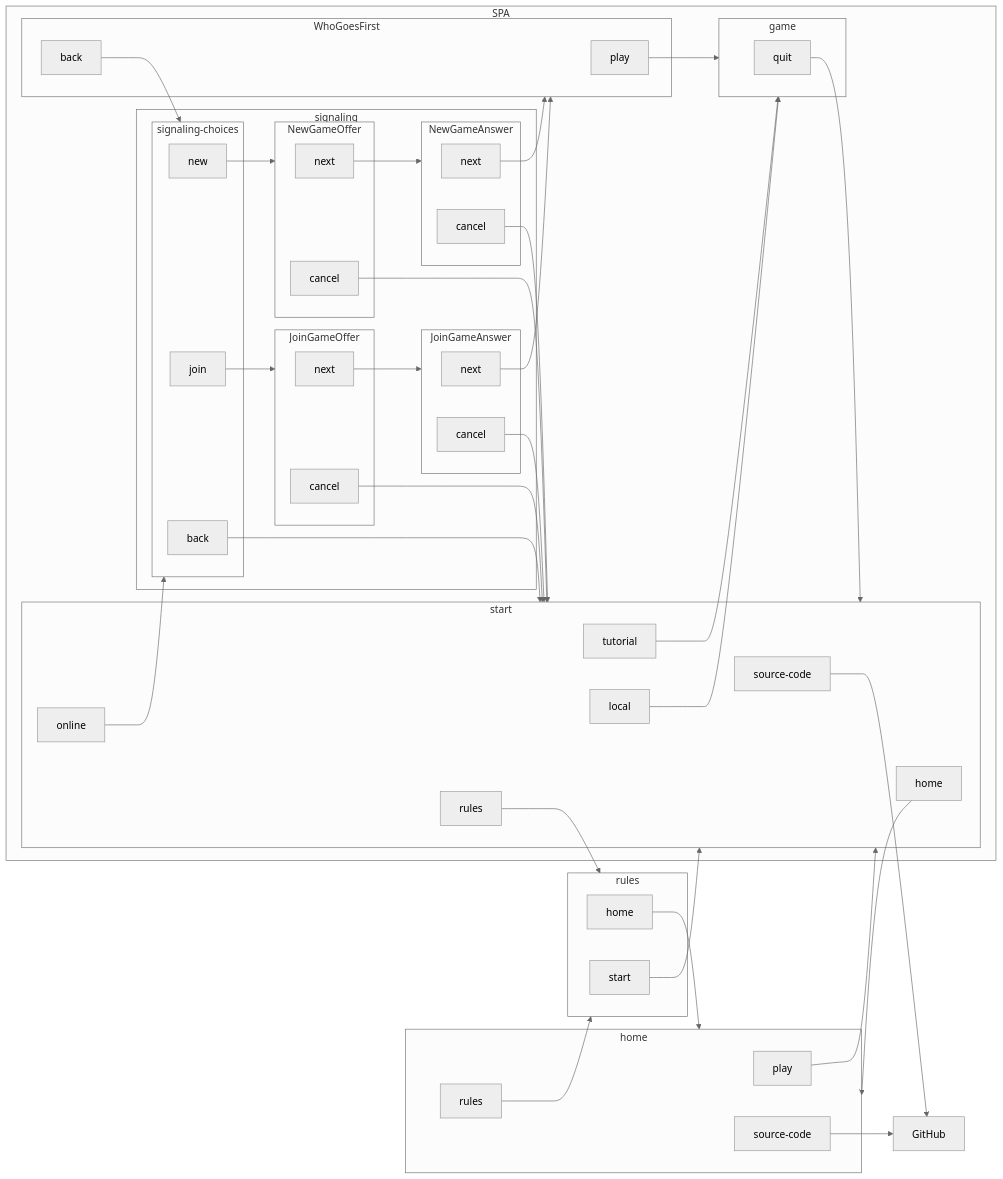
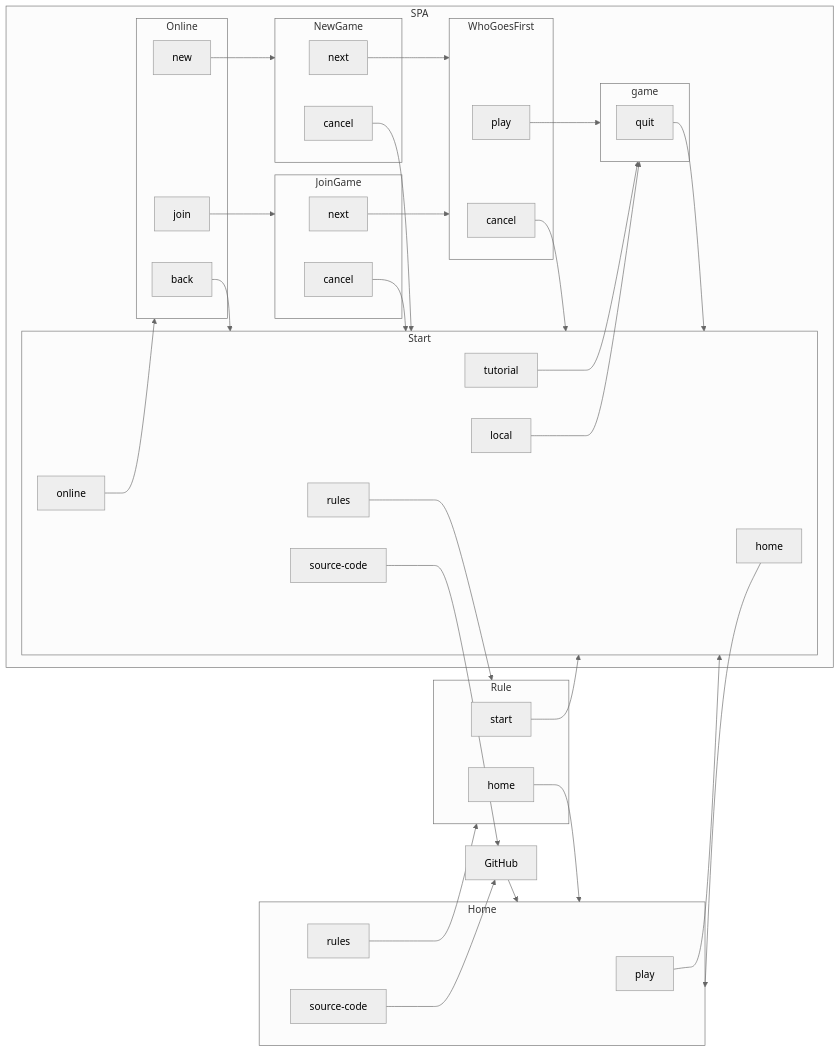
One commit to macabot/senet changed the second of 3 diagrams in README.md. Above: the diagram before and after it, drawn with Mermaid (neutral theme). The commit also changed other lines of this file, not shown here.

Commit message:
Document desired page navigation

````diff
--- a/README.md
+++ b/README.md
@@ -167,55 +169,45 @@
 graph LR
     GitHub
 
-    subgraph home
+    subgraph home["Home"]
         home-play["play"]
         home-rules["rules"]
         home-sourceCode["source-code"]
     end
 
-    subgraph rules
+    subgraph rules["Rule"]
+        rules-start["start"]
         rules-home["home"]
-        rules-start["start"]
     end
 
     subgraph SPA
 
-        subgraph start
+        subgraph start["Start"]
             start-home["home"]
-            tutorial
-            local
-            online
+            start-tutorial["tutorial"]
+            start-local["local"]
+            start-online["online"]
             start-rules["rules"]
             start-sourceCode["source-code"]
         end
 
-        subgraph signaling
-            subgraph signaling-choices
-                new
-                join
-                signaling-back["back"]
-            end
-            subgraph NewGameOffer
-                NewGameOffer-next["next"]
-                NewGameOffer-cancel["cancel"]
-            end
-            subgraph NewGameAnswer
-                NewGameAnswer-next["next"]
-                NewGameAnswer-cancel["cancel"]
-            end
-            subgraph JoinGameOffer
-                JoinGameOffer-next["next"]
-                JoinGameOffer-cancel["cancel"]
-            end
-            subgraph JoinGameAnswer
-                JoinGameAnswer-next["next"]
-                JoinGameAnswer-cancel["cancel"]
-            end
+        subgraph online["Online"]
+            online-new["new"]
+            online-join["join"]
+            online-back["back"]
+        end
+        subgraph NewGame
+            NewGame-next["next"]
+            NewGame-cancel["cancel"]
+        end
+        subgraph JoinGame
+            JoinGame-next["next"]
+            JoinGame-cancel["cancel"]
         end
 
         subgraph WhoGoesFirst
             WhoGoesFirst-play["play"]
-            WhoGoesFirst-back["back"]
+            WhoGoesFirst-cancel["cancel"]
         end
 
         subgraph game
@@ -223,6 +215,8 @@
         end
 
     end
+
+    GitHub --> home
 
     home-play --> start
     home-rules --> rules
@@ -234,21 +228,22 @@
     start-home --> home
     start-rules --> rules
     start-sourceCode --> GitHub
-    online --> signaling-choices
-    signaling-back --> start
-    tutorial --> game
-    local --> game
-    new --> NewGameOffer
-    join --> JoinGameOffer
-    NewGameOffer-next --> NewGameAnswer
-    NewGameOffer-cancel --> start
-    JoinGameOffer-next --> JoinGameAnswer
-    JoinGameOffer-cancel --> start
-    NewGameAnswer-next --> WhoGoesFirst
-    NewGameAnswer-cancel --> start
-    JoinGameAnswer-next --> WhoGoesFirst
-    JoinGameAnswer-cancel --> start
+    start-online --> online
+    start-tutorial --> game
+    start-local --> game
+
+    online-back --> start
+    online-new --> NewGame
+    online-join --> JoinGame
+
+    NewGame-next --> WhoGoesFirst
+    NewGame-cancel --> start
+
+    JoinGame-next --> WhoGoesFirst
+    JoinGame-cancel --> start
+
     WhoGoesFirst-play --> game
-    WhoGoesFirst-back --> signaling-choices
+    WhoGoesFirst-cancel --> start
+
     game-quit --> start
 ```
````
